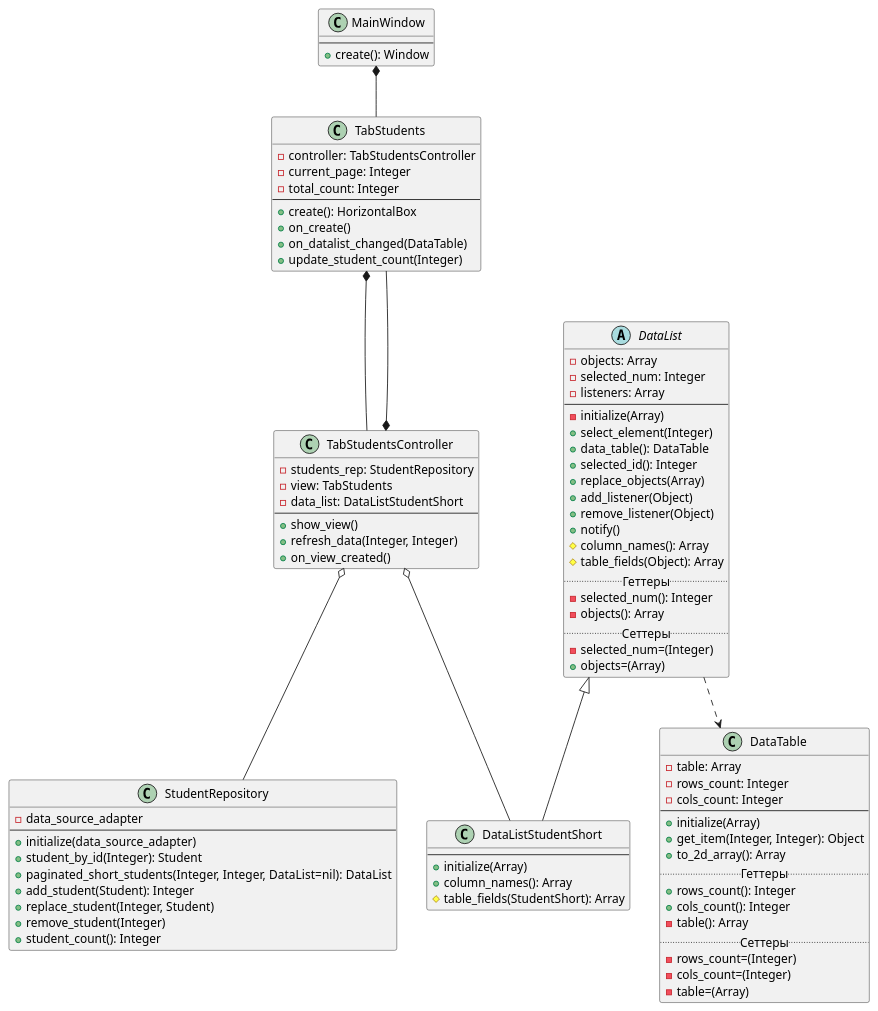
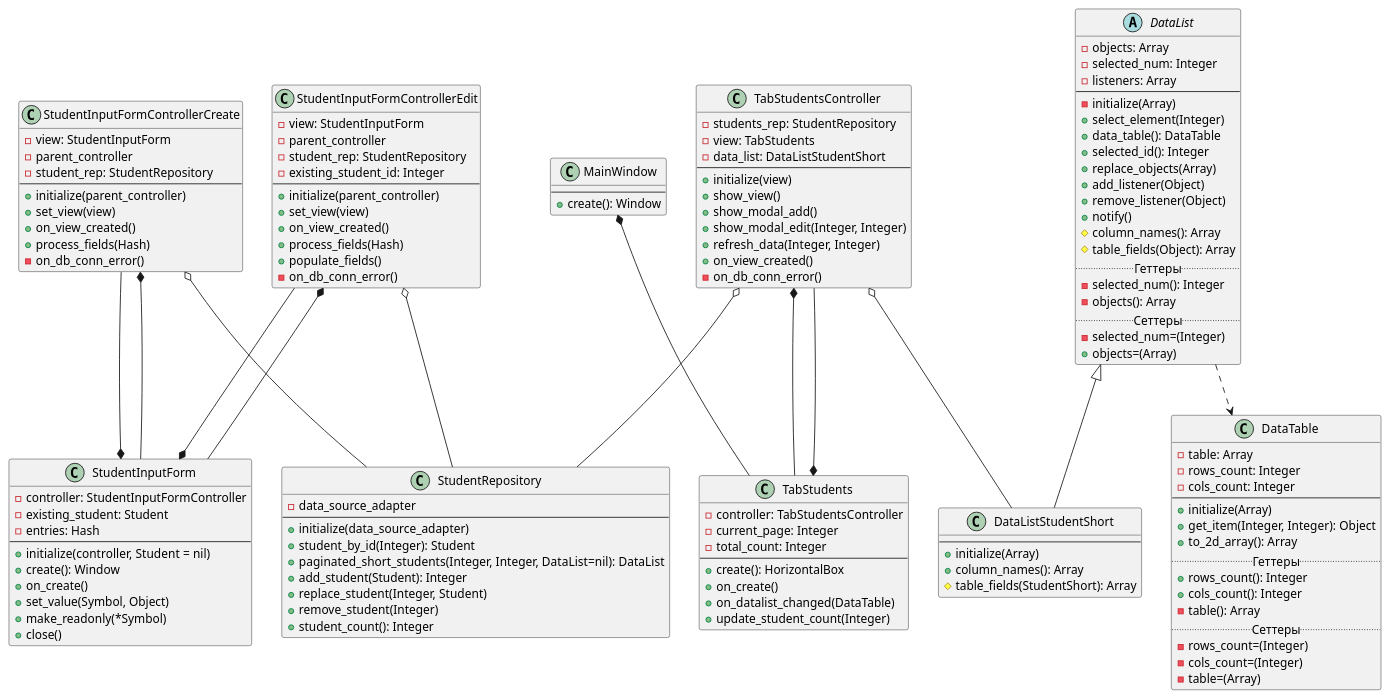
Before and after one commit to Jakepps/Ruby_Moment: the diagram in university_lab/diagrams/mvc.puml, drawn with PlantUML. The commit also changed 26 other files, not shown here.

```diff
--- a/university_lab/diagrams/mvc.puml
+++ b/university_lab/diagrams/mvc.puml
@@ -1,96 +1,147 @@
 @startuml
 'https://plantuml.com/class-diagram
 
 MainWindow *-- TabStudents
 TabStudents *-- TabStudentsController
 TabStudentsController *-- TabStudents
 DataList ..> DataTable
 TabStudentsController o-- DataListStudentShort
 TabStudentsController o-- StudentRepository
+
+StudentInputForm *-u- StudentInputFormControllerCreate
+StudentInputFormControllerCreate *-- StudentInputForm
+StudentInputFormControllerCreate o-- StudentRepository
+
+StudentInputForm *-u- StudentInputFormControllerEdit
+StudentInputFormControllerEdit *-- StudentInputForm
+StudentInputFormControllerEdit o-- StudentRepository
 
 class MainWindow {
     --
     +create(): Window
 }
 
 class TabStudents {
     -controller: TabStudentsController
     -current_page: Integer
     -total_count: Integer
     --
     +create(): HorizontalBox
     +on_create()
     +on_datalist_changed(DataTable)
     +update_student_count(Integer)
 }
 
 class TabStudentsController {
     -students_rep: StudentRepository
     -view: TabStudents
     -data_list: DataListStudentShort
     --
+    +initialize(view)
     +show_view()
+    +show_modal_add()
+    +show_modal_edit(Integer, Integer)
     +refresh_data(Integer, Integer)
     +on_view_created()
+    -on_db_conn_error()
+}
+
+class StudentInputForm {
+    -controller: StudentInputFormController
+    -existing_student: Student
+    -entries: Hash
+    --
+    +initialize(controller, Student = nil)
+    +create(): Window
+    +on_create()
+    +set_value(Symbol, Object)
+    +make_readonly(*Symbol)
+    +close()
+}
+
+class StudentInputFormControllerCreate {
+    -view: StudentInputForm
+    -parent_controller
+    -student_rep: StudentRepository
+    --
+    +initialize(parent_controller)
+    +set_view(view)
+    +on_view_created()
+    +process_fields(Hash)
+    -on_db_conn_error()
+}
+
+class StudentInputFormControllerEdit {
+    -view: StudentInputForm
+    -parent_controller
+    -student_rep: StudentRepository
+    -existing_student_id: Integer
+    --
+    +initialize(parent_controller)
+    +set_view(view)
+    +on_view_created()
+    +process_fields(Hash)
+    +populate_fields()
+    -on_db_conn_error()
 }
 
 class DataTable {
     -table: Array
     -rows_count: Integer
     -cols_count: Integer
     --
     +initialize(Array)
     +get_item(Integer, Integer): Object
     +to_2d_array(): Array
     .. Геттеры ..
     +rows_count(): Integer
     +cols_count(): Integer
     -table(): Array
     .. Сеттеры ..
     -rows_count=(Integer)
     -cols_count=(Integer)
     -table=(Array)
 }
 
 abstract class DataList {
     -objects: Array
     -selected_num: Integer
     -listeners: Array
     --
     -initialize(Array)
     +select_element(Integer)
     +data_table(): DataTable
     +selected_id(): Integer
     +replace_objects(Array)
     +add_listener(Object)
     +remove_listener(Object)
     +notify()
     #column_names(): Array
     #table_fields(Object): Array
     .. Геттеры ..
     -selected_num(): Integer
     -objects(): Array
     .. Сеттеры ..
     -selected_num=(Integer)
     +objects=(Array)
 }
 
 class DataListStudentShort extends DataList {
     --
     +initialize(Array)
     +column_names(): Array
     #table_fields(StudentShort): Array
 }
 
 class StudentRepository {
     -data_source_adapter
     --
     +initialize(data_source_adapter)
     +student_by_id(Integer): Student
     +paginated_short_students(Integer, Integer, DataList=nil): DataList
     +add_student(Student): Integer
     +replace_student(Integer, Student)
     +remove_student(Integer)
     +student_count(): Integer
 }
 @enduml
```
